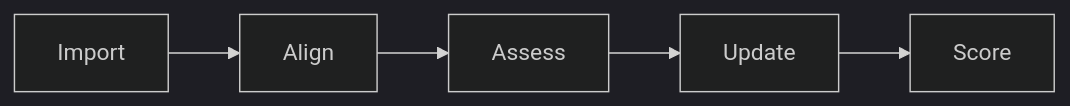
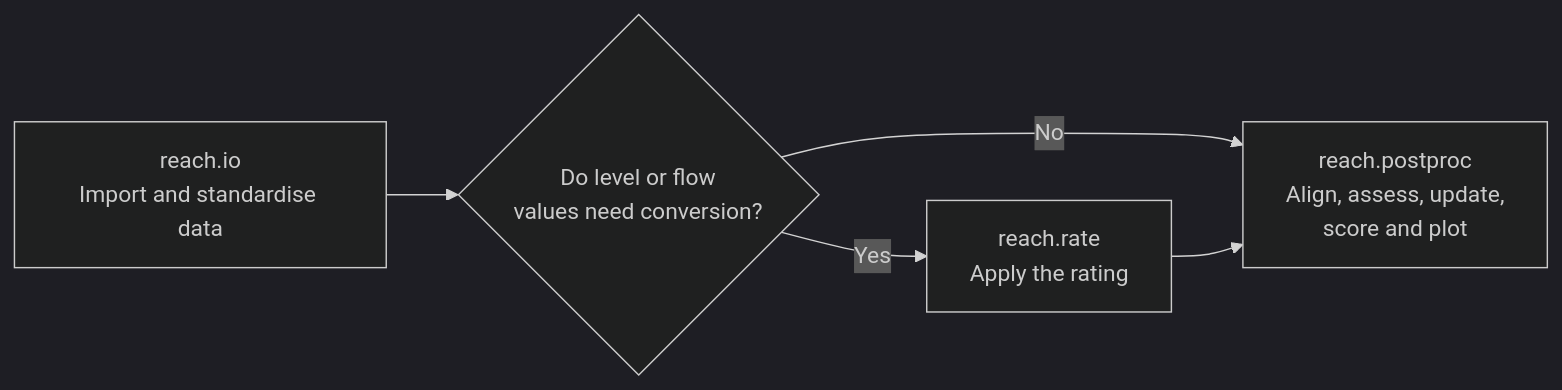
One commit to JonPayneEA/reach.postproc changed the first of 2 diagrams in README.md. Above: the diagram before and after it, drawn with Mermaid (dark theme). The commit also changed other lines of this file, not shown here.

````diff
--- a/README.md
+++ b/README.md
@@ -5,4 +15,12 @@
 ```mermaid
 flowchart LR
-A[Import] --> B[Align] --> C[Assess] --> D[Update] --> E[Score]
+    A[reach.io<br/>Import and standardise data]
+    B{Do level or flow<br/>values need conversion?}
+    C[reach.rate<br/>Apply the rating]
+    D[reach.postproc<br/>Align, assess, update,<br/>score and plot]
+
+    A --> B
+    B -- Yes --> C
+    B -- No --> D
+    C --> D
 ```
````
